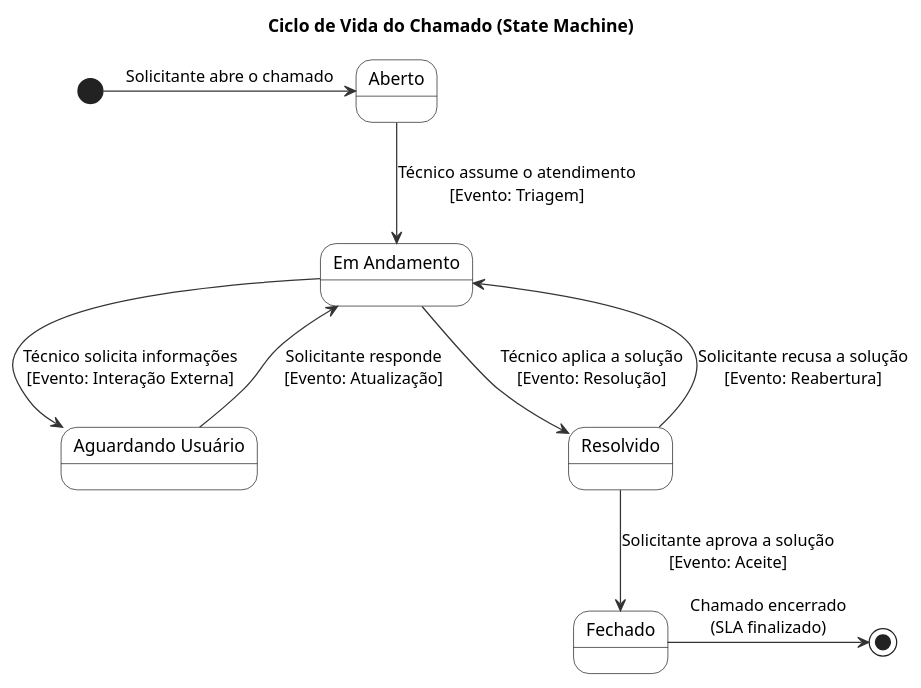
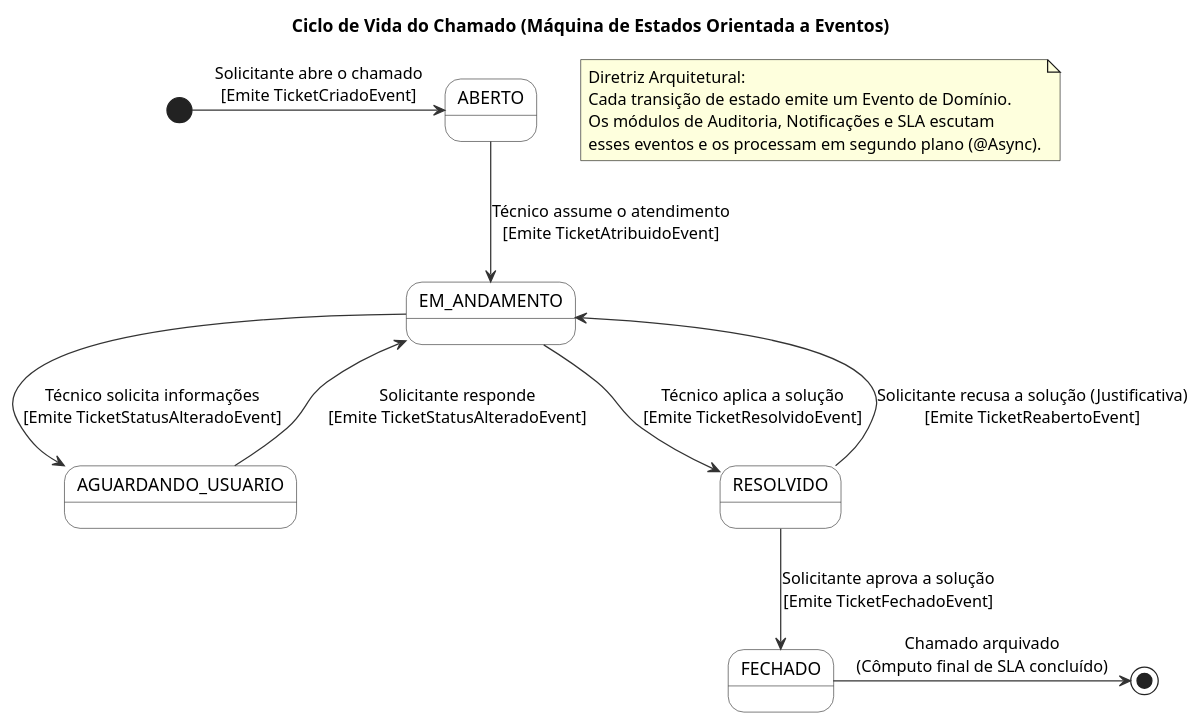
The diagram in docs/use-case-uml/diagrama-contexto-arquitetural.puml (marciuuu/rIT-help-desk), drawn with PlantUML before and after one commit. The commit also changed 13 other files, not shown here.

```diff
--- a/docs/use-case-uml/diagrama-contexto-arquitetural.puml
+++ b/docs/use-case-uml/diagrama-contexto-arquitetural.puml
@@ -1,38 +1,40 @@
 @startuml
-' Configurações visuais
+' Configurações visuais profissionais
 skinparam state {
   BackgroundColor White
-  BorderColor Black
+  BorderColor #333333
   ArrowColor #333333
 }
 skinparam handwritten false
 
-' Título opcional para o diagrama
-title Ciclo de Vida do Chamado (State Machine)
+title Ciclo de Vida do Chamado (Máquina de Estados Orientada a Eventos)
+
+' Nota Arquitetural Global
+note "Diretriz Arquitetural:\nCada transição de estado emite um Evento de Domínio.\nOs módulos de Auditoria, Notificações e SLA escutam\nesses eventos e os processam em segundo plano (@Async)." as NoteArq
 
 ' Início do ciclo
-[*] -> Aberto : Solicitante abre o chamado
+[*] -> ABERTO : Solicitante abre o chamado\n[Emite TicketCriadoEvent]
 
-' Definição dos Estados
-state Aberto
-state "Em Andamento" as EmAndamento
-state "Aguardando Usuário" as Aguardando
-state Resolvido
-state Fechado
+' Definição dos Estados (Alinhados com o Enum StatusChamado)
+state ABERTO
+state EM_ANDAMENTO
+state AGUARDANDO_USUARIO
+state RESOLVIDO
+state FECHADO
 
-' Transições principais (Lista de Eventos)
-Aberto --> EmAndamento : Técnico assume o atendimento\n[Evento: Triagem]
+' Transições principais (Fluxo de Atendimento)
+ABERTO --> EM_ANDAMENTO : Técnico assume o atendimento\n[Emite TicketAtribuidoEvent]
 
-EmAndamento --> Aguardando : Técnico solicita informações\n[Evento: Interação Externa]
-Aguardando --> EmAndamento : Solicitante responde\n[Evento: Atualização]
+EM_ANDAMENTO --> AGUARDANDO_USUARIO : Técnico solicita informações\n[Emite TicketStatusAlteradoEvent]
+AGUARDANDO_USUARIO --> EM_ANDAMENTO : Solicitante responde\n[Emite TicketStatusAlteradoEvent]
 
-EmAndamento --> Resolvido : Técnico aplica a solução\n[Evento: Resolução]
+EM_ANDAMENTO --> RESOLVIDO : Técnico aplica a solução\n[Emite TicketResolvidoEvent]
 
-' Fluxos de Homologação
-Resolvido --> Fechado : Solicitante aprova a solução\n[Evento: Aceite]
-Resolvido --> EmAndamento : Solicitante recusa a solução\n[Evento: Reabertura]
+' Fluxos de Homologação (Fechamento ou Reabertura)
+RESOLVIDO --> FECHADO : Solicitante aprova a solução\n[Emite TicketFechadoEvent]
+RESOLVIDO --> EM_ANDAMENTO : Solicitante recusa a solução (Justificativa)\n[Emite TicketReabertoEvent]
 
 ' Fim do ciclo de vida
-Fechado -> [*] : Chamado encerrado\n(SLA finalizado)
+FECHADO -> [*] : Chamado arquivado\n(Cômputo final de SLA concluído)
 
 @enduml
```
